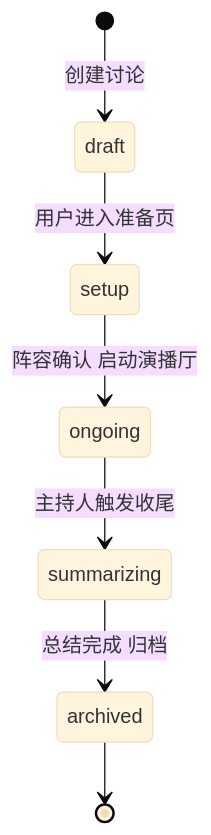
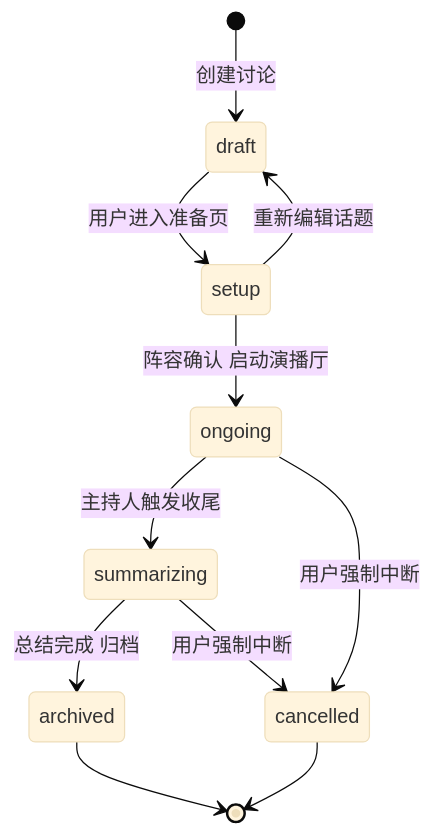
One commit to itrfcn/AI-Panel-Studio changed the second of 3 diagrams in docs/schema.md. Above: the diagram before and after it, drawn with Mermaid (base theme). The commit also changed other lines of this file and 6 other files, not shown here.

````diff
--- a/docs/schema.md
+++ b/docs/schema.md
@@ -340,9 +340,13 @@
 ```mermaid
 stateDiagram-v2
     [*] --> draft: 创建讨论
     draft --> setup: 用户进入准备页
+    setup --> draft: 重新编辑话题
     setup --> ongoing: 阵容确认 启动演播厅
     ongoing --> summarizing: 主持人触发收尾
     summarizing --> archived: 总结完成 归档
+    ongoing --> cancelled: 用户强制中断
+    summarizing --> cancelled: 用户强制中断
     archived --> [*]
+    cancelled --> [*]
 ```
````
